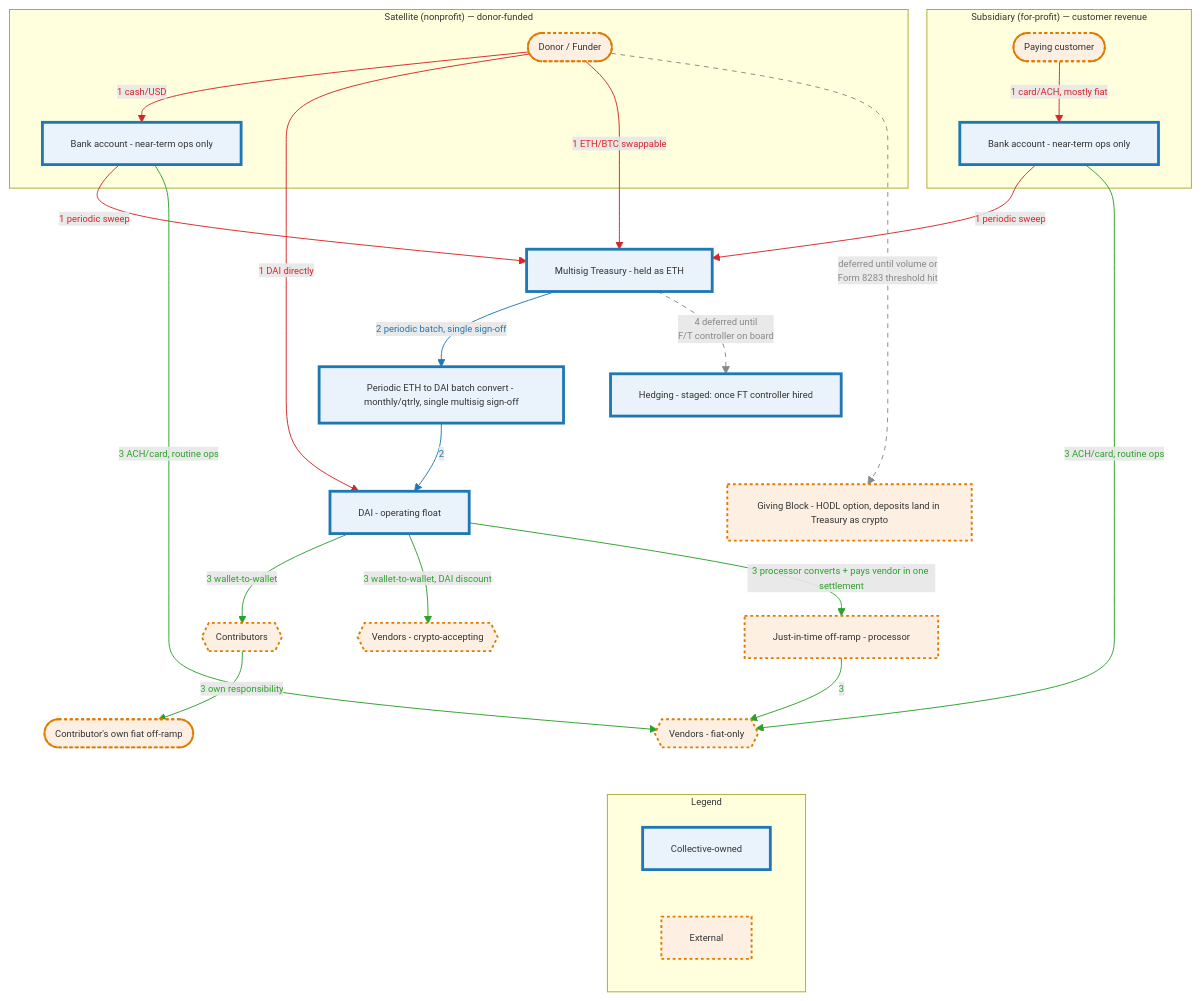
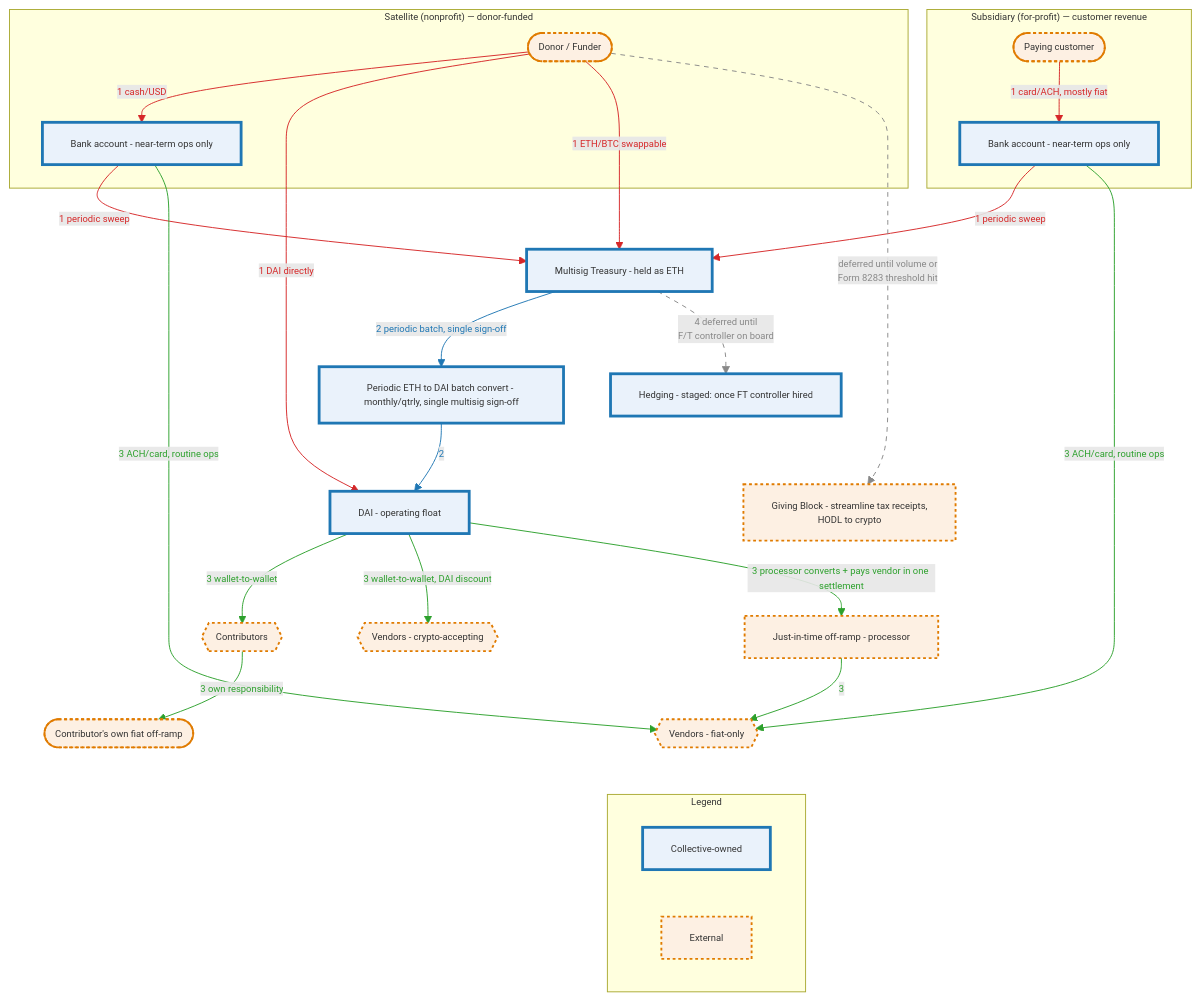
One commit to doikayt/admin changed the third of 4 diagrams in governance/commons-hub-pattern.md. Above: the diagram before and after it, drawn with Mermaid.

Commit message:
docs: reword Giving Block label - streamline tax receipts, HODL to crypto
Shorter, and correctly names the real value-add (tax-receipt
compliance automation) alongside the essential HODL config note,
instead of the vaguer "deposits land in Treasury as crypto" phrasing.

````diff
--- a/governance/commons-hub-pattern.md
+++ b/governance/commons-hub-pattern.md
@@ -880,67 +880,67 @@
 ```mermaid
 %%{init: {"themeVariables": {"fontSize": "10px"}}}%%
 flowchart TD
     subgraph SAT["Satellite (nonprofit) — donor-funded"]
         Donor([Donor / Funder])
         SatBank[Bank account - near-term ops only]
     end
 
     subgraph SUB["Subsidiary (for-profit) — customer revenue"]
         Customer([Paying customer])
         SubBank[Bank account - near-term ops only]
     end
 
-    DonationProcessor[Giving Block - HODL option, deposits land in Treasury as crypto]
+    DonationProcessor[Giving Block - streamline tax receipts,<br/>HODL to crypto]
     Treasury[Multisig Treasury - held as ETH]
     BatchConvert[Periodic ETH to DAI batch convert - monthly/qtrly, single multisig sign-off]
     DAIFloat[DAI - operating float]
     Contributors{{Contributors}}
     ContribOfframp([Contributor's own fiat off-ramp])
     VendorsCrypto{{Vendors - crypto-accepting}}
     OffRampJIT[Just-in-time off-ramp - processor]
     VendorsFiat{{Vendors - fiat-only}}
     Hedge[Hedging - staged: once FT controller hired]
 
     subgraph LEGEND["Legend"]
         L1[Collective-owned]
         L2[External]
     end
 
     Donor -- "1 cash/USD" --> SatBank
     SatBank -- "1 periodic sweep" --> Treasury
     Donor -- "1 DAI directly" --> DAIFloat
     Donor -- "1 ETH/BTC swappable" --> Treasury
     Customer -- "1 card/ACH, mostly fiat" --> SubBank
     SubBank -- "1 periodic sweep" --> Treasury
 
     Donor -.->|"deferred until volume or<br/>Form 8283 threshold hit"| DonationProcessor
 
     Treasury -- "2 periodic batch, single sign-off" --> BatchConvert
     BatchConvert -- "2" --> DAIFloat
 
     DAIFloat -- "3 wallet-to-wallet" --> Contributors
     Contributors -- "3 own responsibility" --> ContribOfframp
     DAIFloat -- "3 wallet-to-wallet, DAI discount" --> VendorsCrypto
     DAIFloat -- "3 processor converts + pays vendor in one settlement" --> OffRampJIT
     OffRampJIT -- "3" --> VendorsFiat
     SatBank -- "3 ACH/card, routine ops" --> VendorsFiat
     SubBank -- "3 ACH/card, routine ops" --> VendorsFiat
 
     Treasury -.->|"4 deferred until<br/>F/T controller on board"| Hedge
 
     Hedge ~~~ DonationProcessor
     VendorsFiat ~~~ LEGEND
 
     linkStyle 0,1,2,3,4,5 stroke:#d62728,color:#d62728
     linkStyle 7,8 stroke:#1f77b4,color:#1f77b4
     linkStyle 9,10,11,12,13,14,15 stroke:#2ca02c,color:#2ca02c
     linkStyle 6,16 stroke:#888888,color:#888888,stroke-dasharray: 5 5
 
     classDef owned fill:#eaf2fb,stroke:#1f77b4,stroke-width:3px
     classDef external fill:#fdf0e3,stroke:#e07b00,stroke-width:2px,stroke-dasharray:3 3
     class L1 owned
     class L2 external
     class Treasury,SatBank,SubBank,BatchConvert,DAIFloat,Hedge owned
     class Donor,DonationProcessor,Customer,Contributors,ContribOfframp external
     class VendorsCrypto,OffRampJIT,VendorsFiat external
 ```
````
